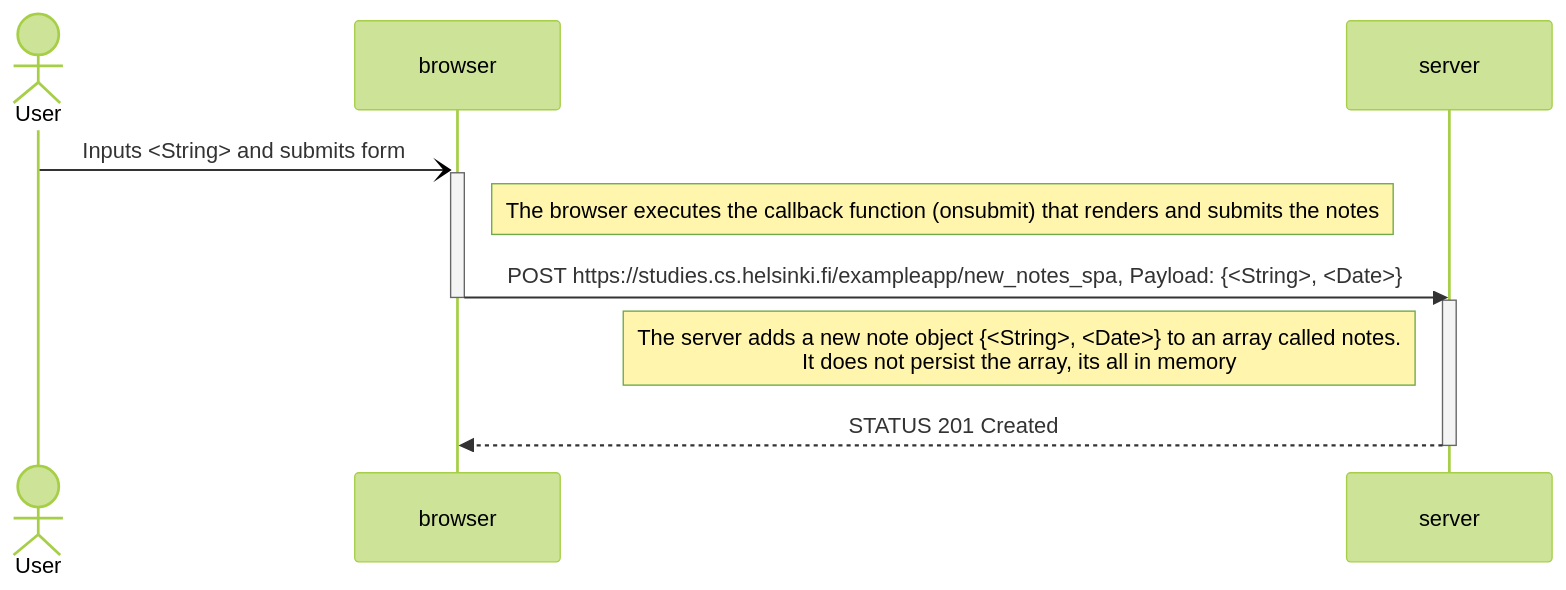
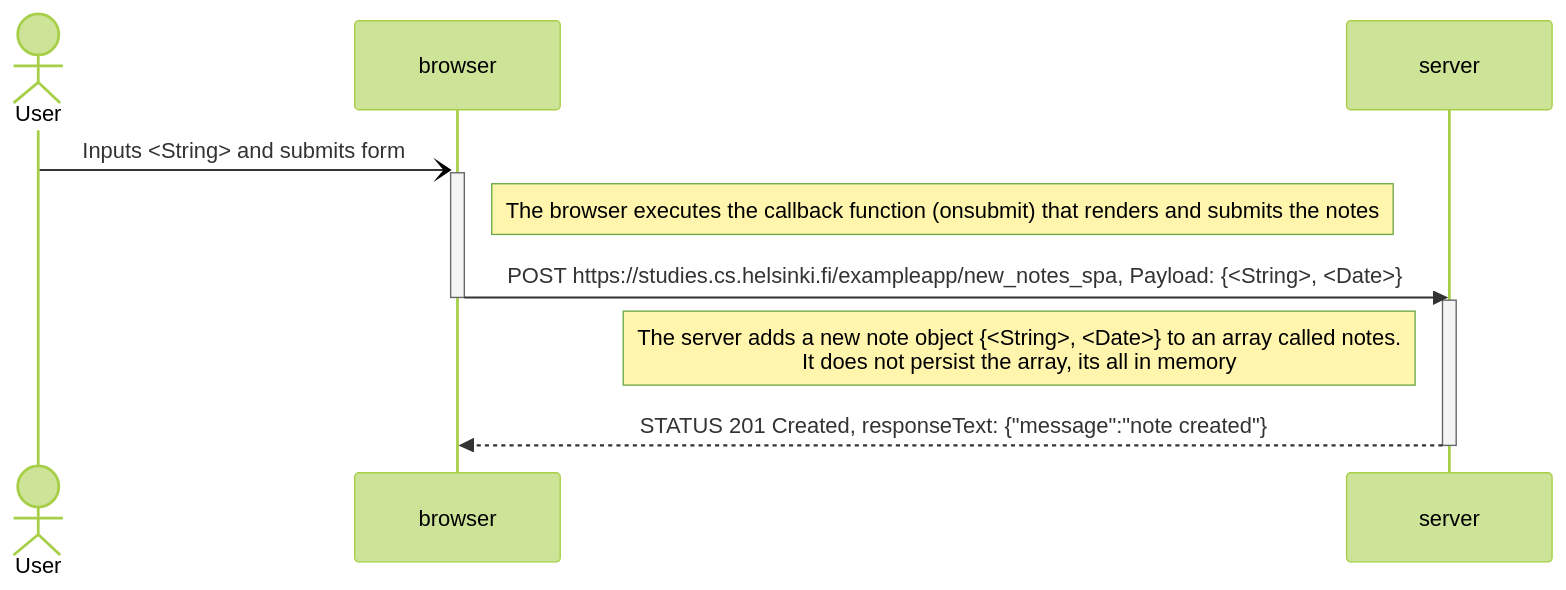
The diagram in part0/exercise_6.md (juop12/FullstackOpen), drawn with Mermaid (forest theme) before and after one commit.

````diff
--- a/part0/exercise_6.md
+++ b/part0/exercise_6.md
@@ -1,17 +1,17 @@
 ```mermaid
 sequenceDiagram
     actor User
     participant browser
     participant server
 
     User-)+browser: Inputs <String> and submits form
 
     Note right of browser: The browser executes the callback function (onsubmit) that renders and submits the notes
     browser->>-server: POST https://studies.cs.helsinki.fi/exampleapp/new_notes_spa, Payload: {<String>, <Date>}
 
     activate server
     Note left of server: The server adds a new note object {<String>, <Date>} to an array called notes.<br/>It does not persist the array, its all in memory
-    server-->>browser: STATUS 201 Created
+    server-->>browser: STATUS 201 Created, responseText: {"message":"note created"}
     deactivate server
 
 ```
````
